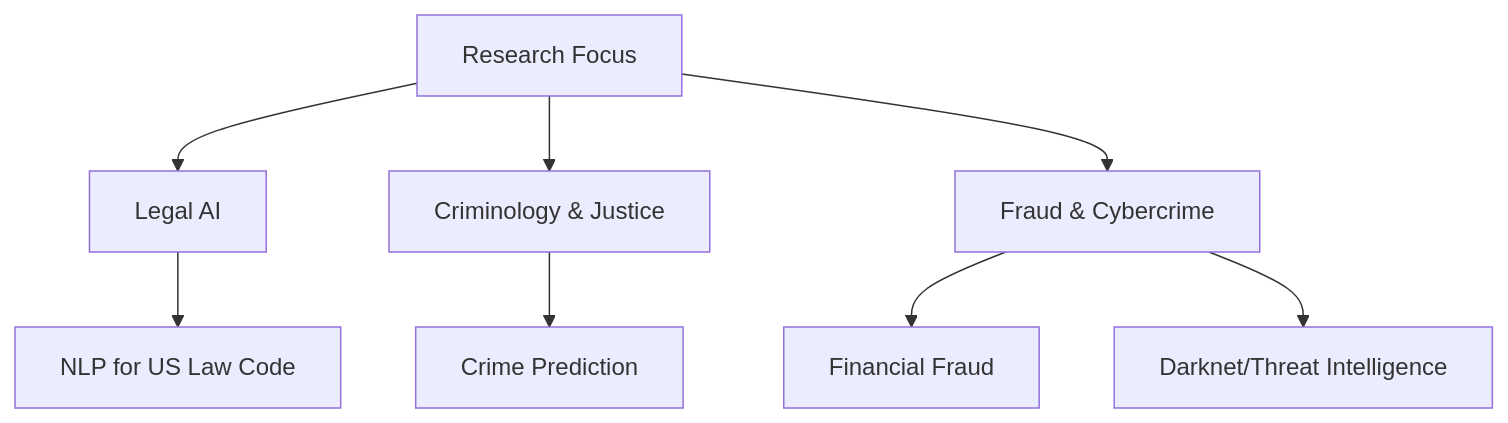
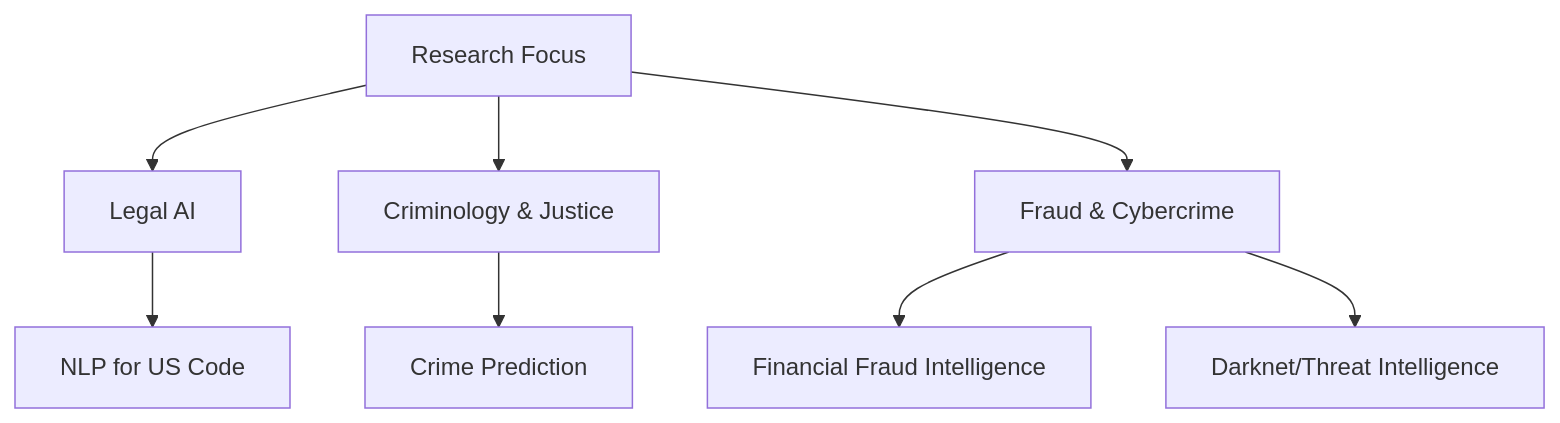
Before and after one commit to manishkolla/manishkolla: the first of 2 diagrams in README.md, drawn with Mermaid.

````diff
--- a/README.md
+++ b/README.md
@@ -38,13 +38,13 @@
 ```mermaid  
 graph TD  
     A[Research Focus] --> B[Legal AI]  
     A --> C[Criminology & Justice]  
     A --> D[Fraud & Cybercrime]  
 
-    B --> E[NLP for US Law Code]  
+    B --> E[NLP for US Code]  
     C --> F[Crime Prediction]   
-    D --> G[Financial Fraud]  
+    D --> G[Financial Fraud Intelligence]  
     D --> H[Darknet/Threat Intelligence]   
 
 
 ```
````
